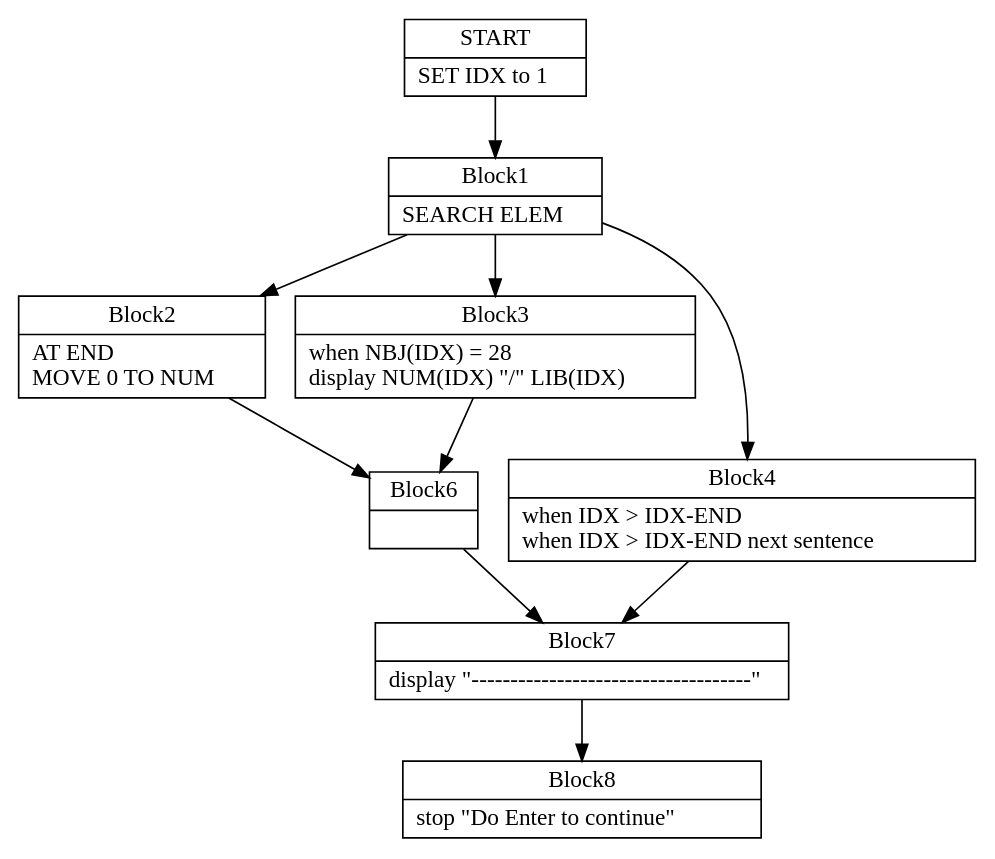
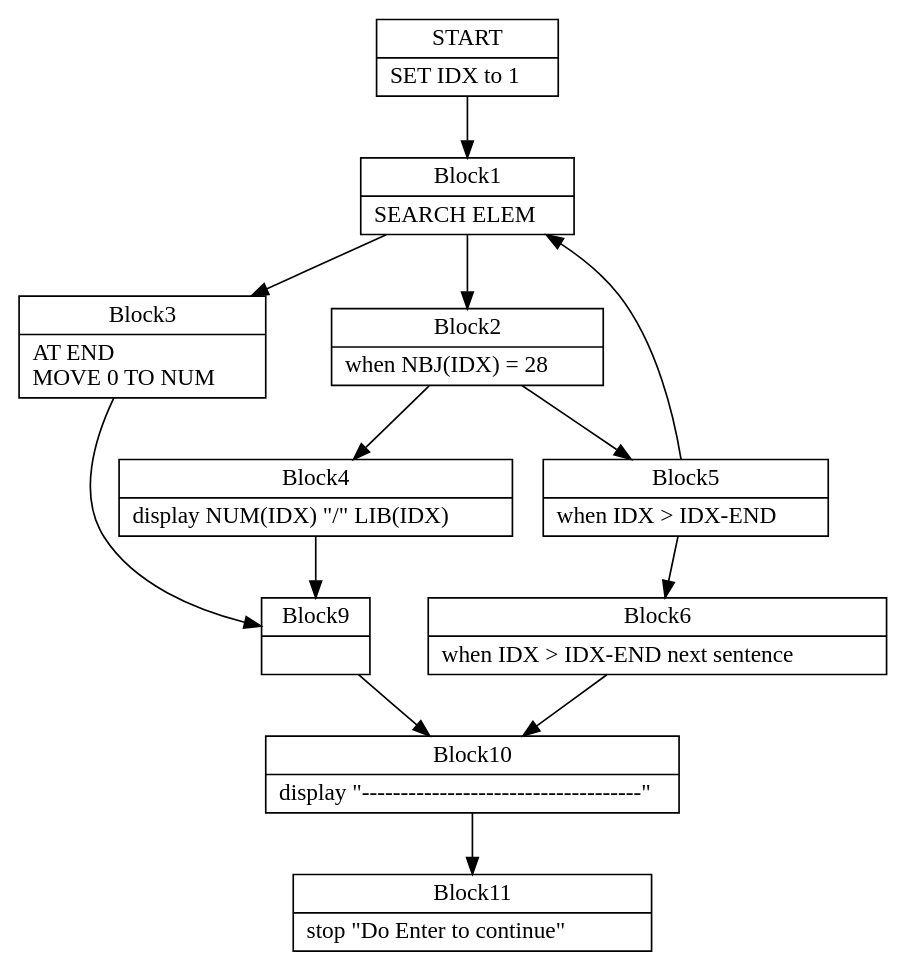
The diagram in TypeCobol.Analysis.Test/DotOutput/SearchCond0.dot (TypeCobolTeam/TypeCobol), drawn with Graphviz before and after one commit. The commit also changed 14 other files, not shown here.

Commit message:
WI #1269 Test CFG dot graphs and visualization.

```diff
--- a/TypeCobol.Analysis.Test/DotOutput/SearchCond0.dot
+++ b/TypeCobol.Analysis.Test/DotOutput/SearchCond0.dot
@@ -1,43 +1,52 @@
 digraph Cfg {
 node [
 shape = "record"
 ]
 
 edge [
 arrowtail = "empty"
 ]
 Block0 [
 label = "{START|    SET IDX to 1\l}"
 ]
 Block1 [
 label = "{Block1|    SEARCH ELEM\l}"
 ]
 Block2 [
-label = "{Block2|         AT END\l            MOVE 0 TO NUM\l}"
+label = "{Block2|           when NBJ(IDX) = 28\l}"
+]
+Block4 [
+label = "{Block4|           display NUM(IDX) \"/\" LIB(IDX)\l}"
+]
+Block9 [
+label = "{Block9|}"
+]
+Block10 [
+label = "{Block10|    display \"------------------------------------\"\l}"
+]
+Block11 [
+label = "{Block11|    stop \"Do Enter to continue\"\l}"
+]
+Block5 [
+label = "{Block5|           when IDX \> IDX-END\l}"
 ]
 Block6 [
-label = "{Block6|}"
-]
-Block7 [
-label = "{Block7|    display \"------------------------------------\"\l}"
-]
-Block8 [
-label = "{Block8|    stop \"Do Enter to continue\"\l}"
+label = "{Block6|           when IDX \> IDX-END next sentence\l}"
 ]
 Block3 [
-label = "{Block3|           when NBJ(IDX) = 28\l           display NUM(IDX) \"/\" LIB(IDX)\l}"
-]
-Block4 [
-label = "{Block4|           when IDX \> IDX-END\l           when IDX \> IDX-END next sentence\l}"
+label = "{Block3|         AT END\l            MOVE 0 TO NUM\l}"
 ]
 Block0 -> Block1
 Block1 -> Block2
 Block1 -> Block3
-Block1 -> Block4
-Block2 -> Block6
-Block6 -> Block7
-Block7 -> Block8
-Block3 -> Block6
-Block4 -> Block7
+Block2 -> Block4
+Block2 -> Block5
+Block4 -> Block9
+Block9 -> Block10
+Block10 -> Block11
+Block5 -> Block6
+Block5 -> Block1
+Block6 -> Block10
+Block3 -> Block9
 
 }
```
